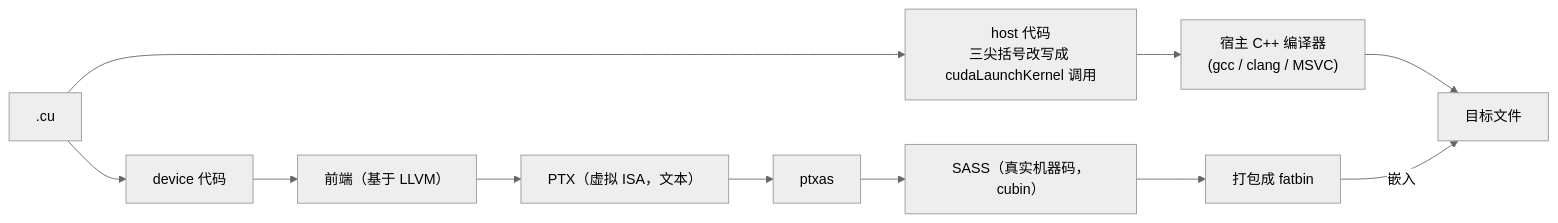
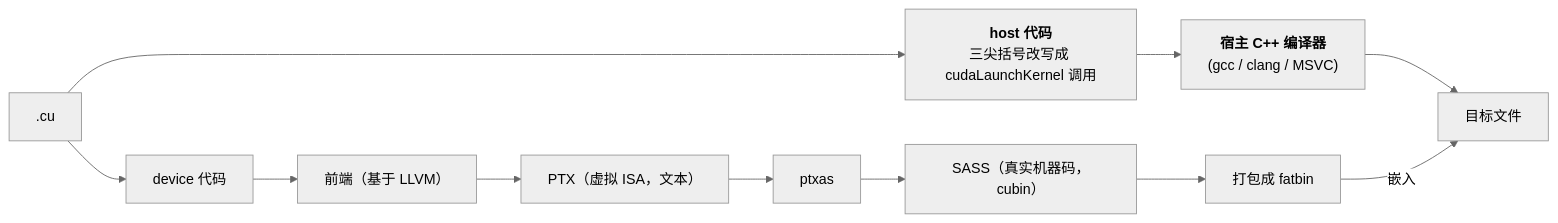
One commit to arganzheng/arganzheng.github.com changed the sixth of 7 diagrams in _posts/2026-05-12-cuda-programming-model-and-first-kernel.md. Above: the diagram before and after it, drawn with Mermaid (neutral theme). The commit also changed other lines of this file and 10 other files, not shown here.

First line of the commit message:
GPU Kernel 工程：从 CUDA 执行模型到 FlashAttention：Mermaid 多行方框的首行标为标题（11 篇）

````diff
--- a/_posts/2026-05-12-cuda-programming-model-and-first-kernel.md
+++ b/_posts/2026-05-12-cuda-programming-model-and-first-kernel.md
@@ -429,14 +429,14 @@
 ```mermaid
 %% 图：nvcc 把 .cu 拆成 host 与 device 两路
 flowchart LR
-    CU[".cu"] --> HOST["host 代码<br/>三尖括号改写成 cudaLaunchKernel 调用"]
-    HOST --> COMPILER["宿主 C++ 编译器<br/>(gcc / clang / MSVC)"]
+    CU[".cu"] --> HOST["<b>host 代码</b><br/>三尖括号改写成 cudaLaunchKernel 调用"]
+    HOST --> COMPILER["<b>宿主 C++ 编译器</b><br/>(gcc / clang / MSVC)"]
     COMPILER --> OBJECT["目标文件"]
     CU --> DEVICE["device 代码"]
     DEVICE --> FRONTEND["前端（基于 LLVM）"]
     FRONTEND --> PTX["PTX（虚拟 ISA，文本）"]
     PTX --> PTXAS["ptxas"]
     PTXAS --> SASS["SASS（真实机器码，cubin）"]
     SASS --> FATBIN["打包成 fatbin"]
     FATBIN -- 嵌入 --> OBJECT
 ```
````
